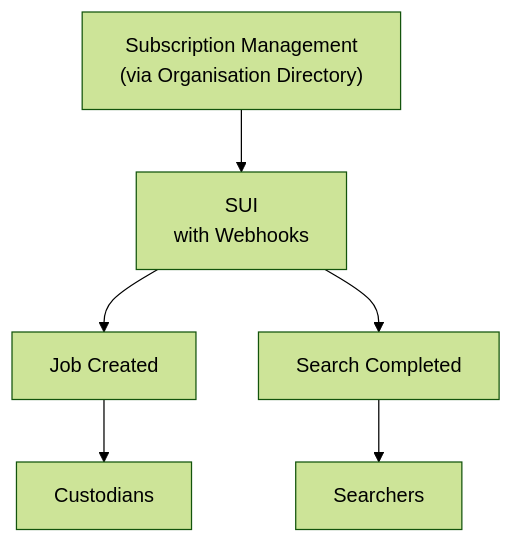
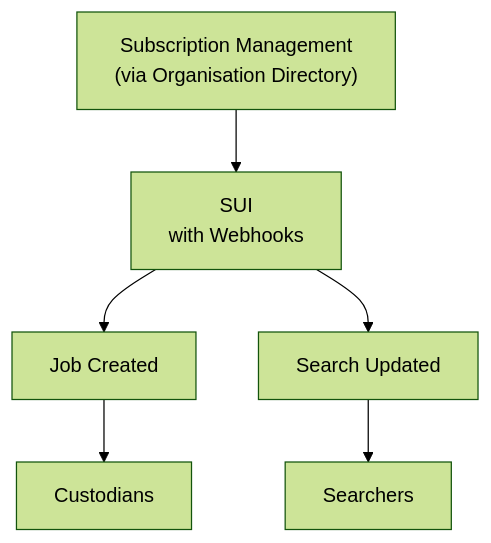
One commit to DFE-Digital/single-unique-identifier changed the diagram in Docs/Design/Notifications-Webhooks/Index.md. Above: the diagram before and after it, drawn with Mermaid (forest theme). The commit also changed other lines of this file, not shown here.

````diff
--- a/Docs/Design/Notifications-Webhooks/Index.md
+++ b/Docs/Design/Notifications-Webhooks/Index.md
@@ -40,17 +41,17 @@
 ```mermaid
 flowchart
   sui["`SUI
     with Webhooks`"]
   orgDir["`Subscription Management
     (via Organisation Directory)`"]
   jobCreated["Job Created"]
-  searchCompleted["Search Completed"]
+  searchUpdated["Search Updated"]
   custodians["Custodians"]
   searchers["Searchers"]
 
   orgDir --> sui
 
   sui --> jobCreated --> custodians
 
-  sui --> searchCompleted --> searchers
+  sui --> searchUpdated --> searchers
 ```
````
